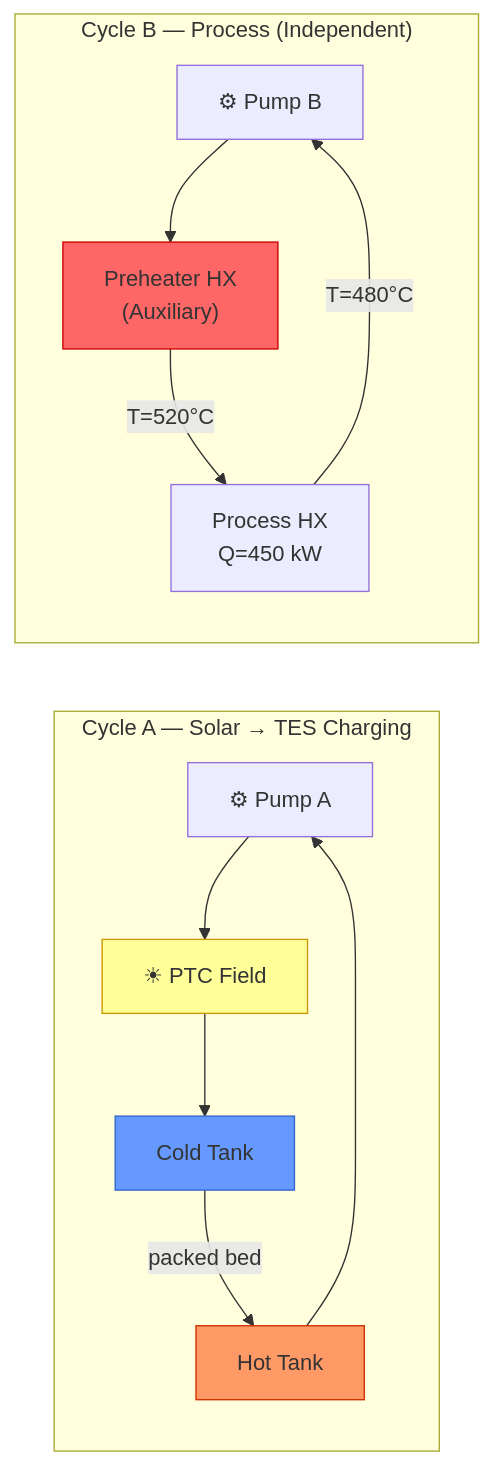
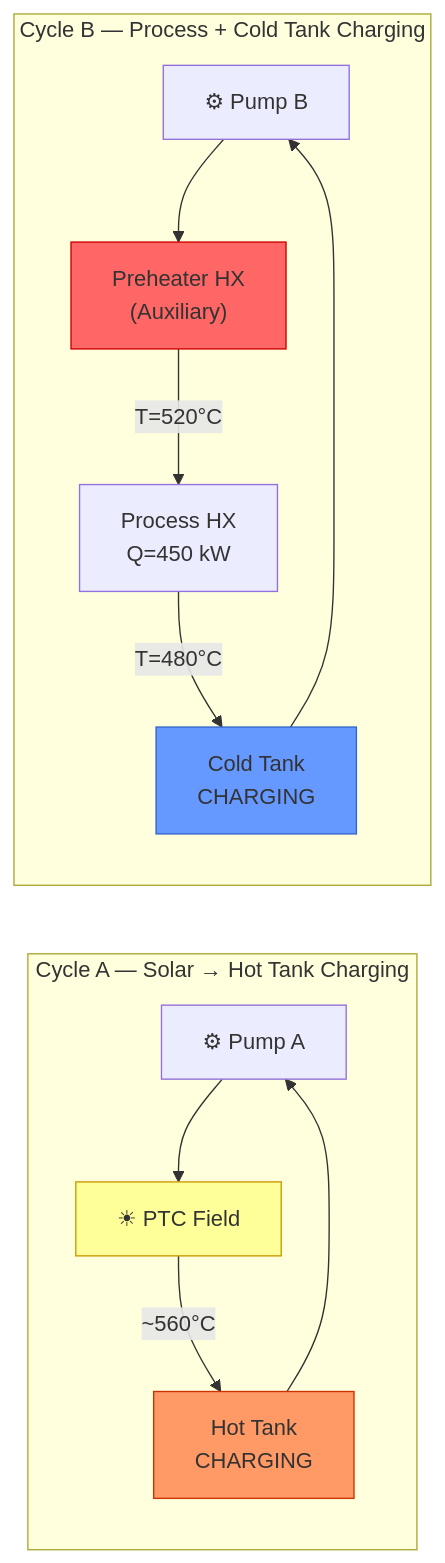
Diagram 16 of 17 in .planning/PLANT_LAYOUTS_AND_MODES.md (iwolde/pbtes-sim), drawn with Mermaid before and after one commit. The commit also changed other lines of this file and 1 other file, not shown here.

Commit message:
docs: Redesign 2-tank direct config with parallel discharge mixing valve

````diff
--- a/.planning/PLANT_LAYOUTS_AND_MODES.md
+++ b/.planning/PLANT_LAYOUTS_AND_MODES.md
@@ -532,20 +555,20 @@
 ```mermaid
 graph LR
-    subgraph "Cycle A — Solar → TES Charging"
+    subgraph "Cycle A — Solar → Hot Tank Charging"
         P1A["⚙ Pump A"] --> PTC["☀ PTC Field"]
-        PTC --> CT["Cold Tank"]
-        CT -->|"packed bed"| HT["Hot Tank"]
+        PTC -->|"~560°C"| HT["Hot Tank<br/>CHARGING"]
         HT --> P1A
     end
 
-    subgraph "Cycle B — Process (Independent)"
+    subgraph "Cycle B — Process + Cold Tank Charging"
         P1B["⚙ Pump B"] --> PH["Preheater HX<br/>(Auxiliary)"]
         PH -->|"T=520°C"| PR["Process HX<br/>Q=450 kW"]
-        PR -->|"T=480°C"| P1B
+        PR -->|"T=480°C"| CT["Cold Tank<br/>CHARGING"]
+        CT --> P1B
     end
 
     style PTC fill:#ff9,stroke:#c90
+    style HT fill:#f96,stroke:#c30
     style CT fill:#69f,stroke:#36c
-    style HT fill:#f96,stroke:#c30
     style PH fill:#f66,stroke:#c00
 ```
````
